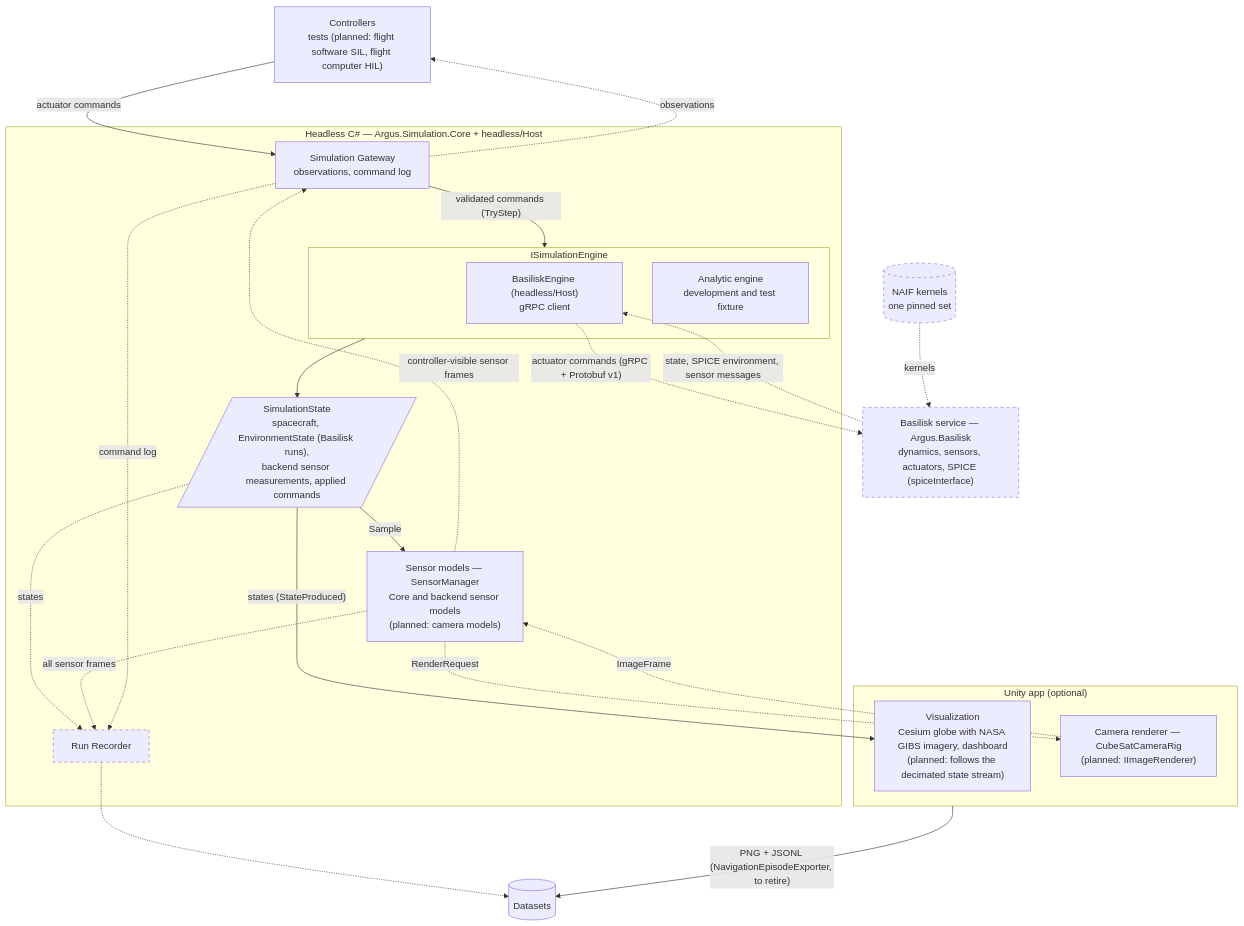
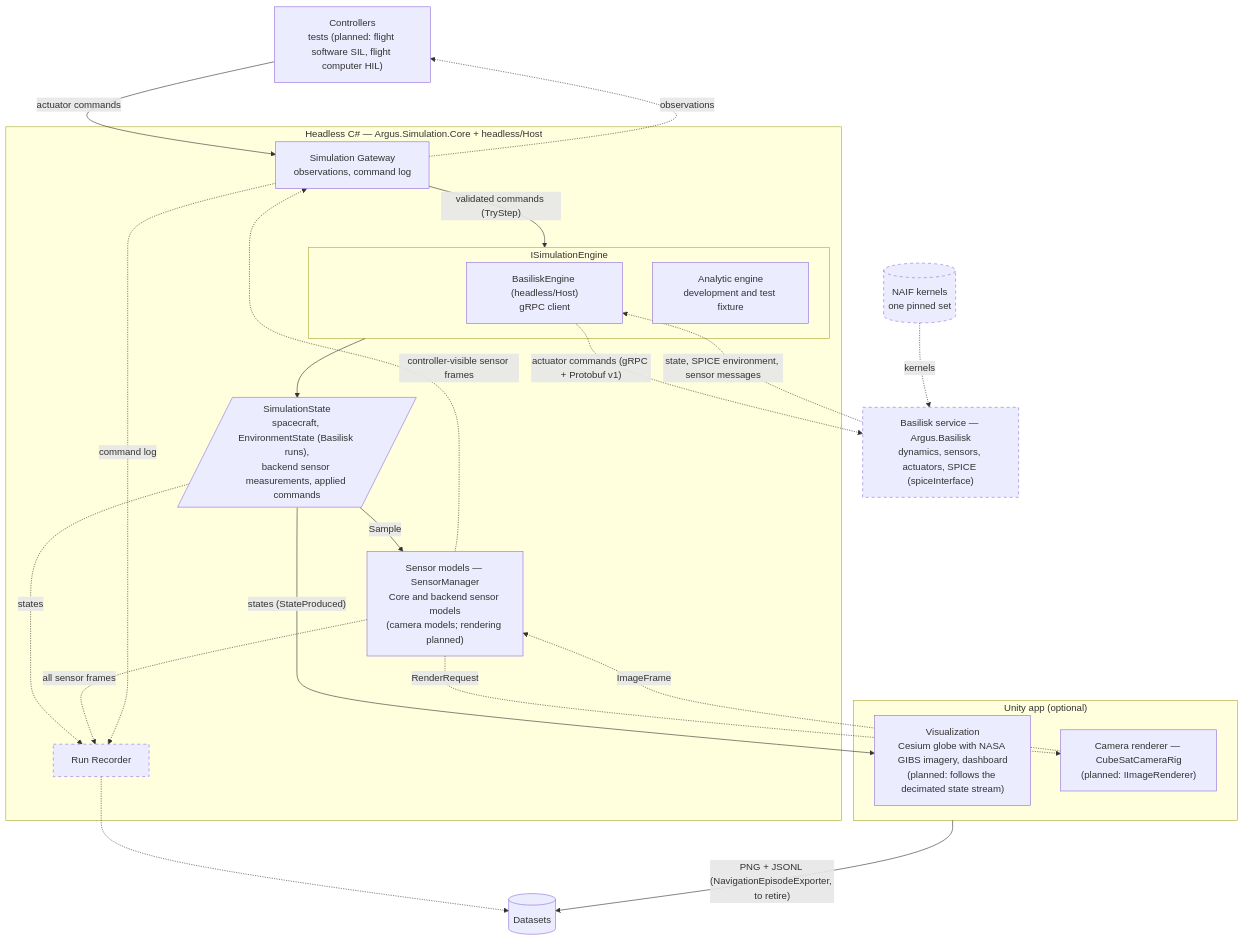
Before and after one commit to cmu-argus-2/argus_simulation: the diagram in docs/system-architecture.md, drawn with Mermaid. The commit also changed other lines of this file and 38 other files, not shown here.

````diff
--- a/docs/system-architecture.md
+++ b/docs/system-architecture.md
@@ -47,46 +47,46 @@
 ```mermaid
 flowchart TB
     ctrl["Controllers<br/>tests (planned: flight software SIL, flight computer HIL)"]
 
     subgraph CORE["Headless C# — Argus.Simulation.Core + headless/Host"]
         gate["Simulation Gateway<br/>observations, command log"]
         subgraph ENG["ISimulationEngine"]
             beng["BasiliskEngine (headless/Host)<br/>gRPC client"]
             ana["Analytic engine<br/>development and test fixture"]
         end
         sim[/"SimulationState<br/>spacecraft, EnvironmentState (Basilisk runs),<br/>backend sensor measurements, applied commands"/]
-        sens["Sensor models — SensorManager<br/>Core and backend sensor models<br/>(planned: camera models)"]
+        sens["Sensor models — SensorManager<br/>Core and backend sensor models<br/>(camera models; rendering planned)"]
         rec["Run Recorder"]
     end
 
     bsk["Basilisk service — Argus.Basilisk<br/>dynamics, sensors, actuators, SPICE (spiceInterface)"]
     naif[("NAIF kernels<br/>one pinned set")]
 
     subgraph UNITY["Unity app (optional)"]
         viz["Visualization<br/>Cesium globe with NASA GIBS imagery, dashboard<br/>(planned: follows the decimated state stream)"]
         rend["Camera renderer — CubeSatCameraRig<br/>(planned: IImageRenderer)"]
     end
 
     data[("Datasets")]
 
     ctrl -->|"actuator commands"| gate
     gate -.->|"observations"| ctrl
     gate -->|"validated commands (TryStep)"| ENG
     beng -.->|"actuator commands (gRPC + Protobuf v1)"| bsk
     bsk -.->|"state, SPICE environment, sensor messages"| beng
     naif -.->|"kernels"| bsk
     ENG --> sim
     sim -->|"Sample"| sens
     sim -->|"states (StateProduced)"| viz
     sim -.->|"states"| rec
     sens -.->|"controller-visible sensor frames"| gate
     sens -.->|"all sensor frames"| rec
     sens -.->|"RenderRequest"| rend
     rend -.->|"ImageFrame"| sens
     gate -.->|"command log"| rec
     rec -.-> data
     UNITY -->|"PNG + JSONL (NavigationEpisodeExporter, to retire)"| data
 
     classDef planned stroke-dasharray: 5 5
     class rec,bsk,naif planned
 ```
````
